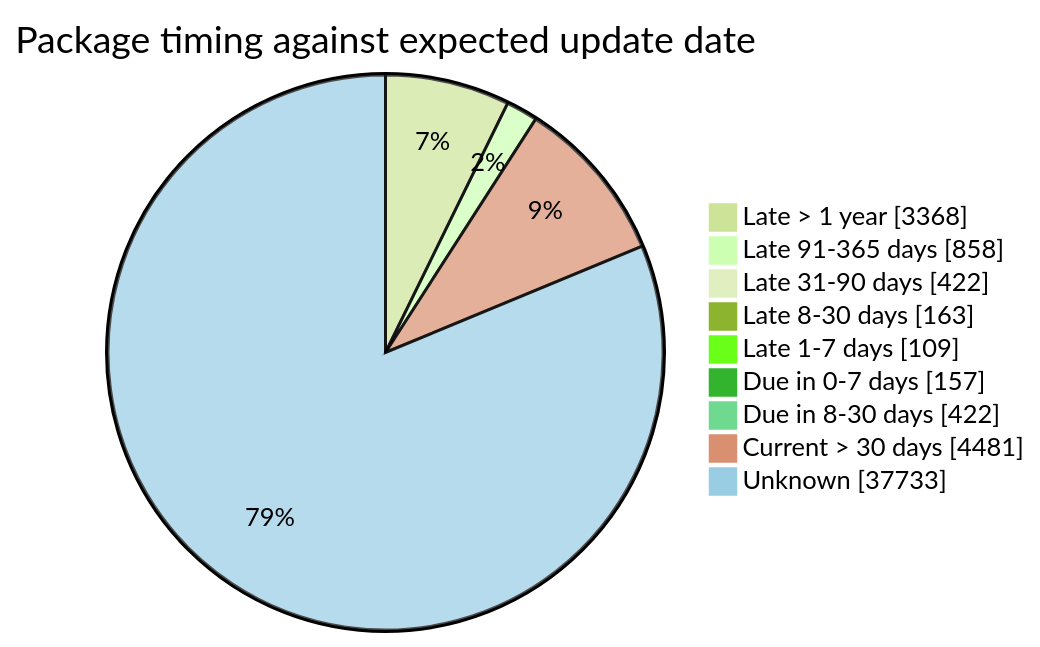
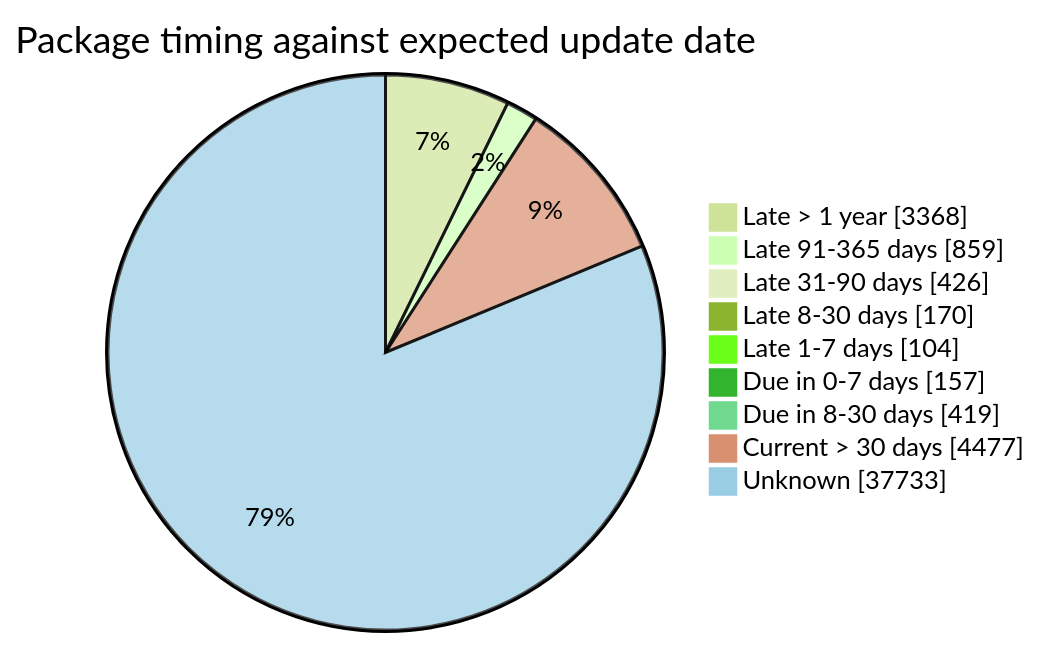
The fourth of 5 diagrams in FreshCheck/README.md (open-data/analytics-corporate-reporting), drawn with Mermaid (forest theme) before and after one commit. The commit also changed other lines of this file and 3 other files, not shown here.

````diff
--- a/FreshCheck/README.md
+++ b/FreshCheck/README.md
@@ -86,12 +86,12 @@
 ```mermaid
 pie showData title Package timing against expected update date
     "Late > 1 year": 3368
-    "Late 91-365 days": 858
-    "Late 31-90 days": 422
-    "Late 8-30 days": 163
-    "Late 1-7 days": 109
+    "Late 91-365 days": 859
+    "Late 31-90 days": 426
+    "Late 8-30 days": 170
+    "Late 1-7 days": 104
     "Due in 0-7 days": 157
-    "Due in 8-30 days": 422
-    "Current > 30 days": 4481
+    "Due in 8-30 days": 419
+    "Current > 30 days": 4477
     "Unknown": 37733
 ```
````
